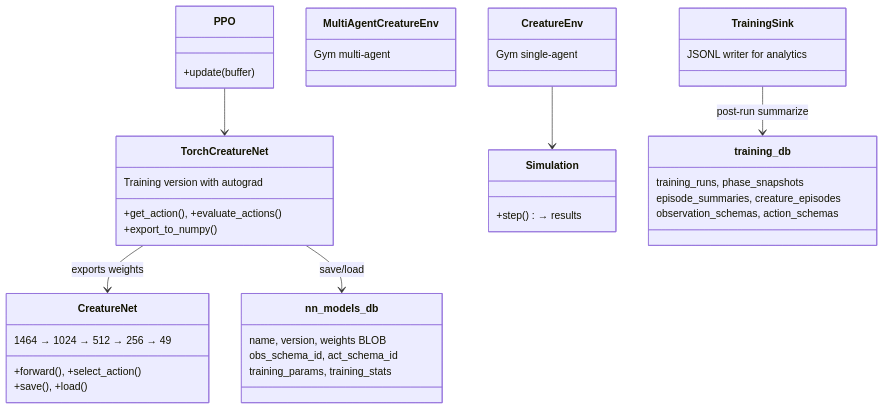
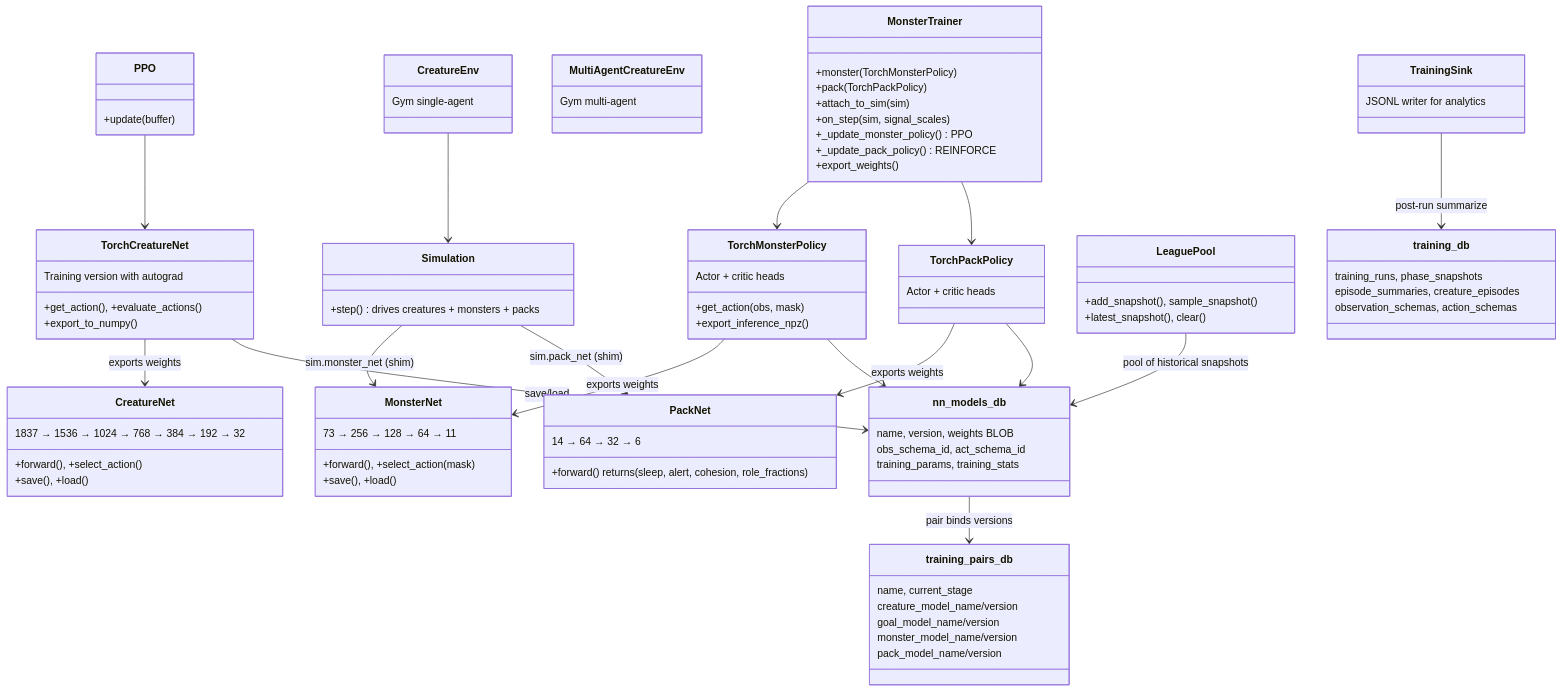
Before and after one commit to JOL11235813213455/game: the third of 3 diagrams in docs/ERDs/class_hierarchy.md, drawn with Mermaid. The commit also changed other lines of this file and 5 other files, not shown here.

First line of the commit message:
ERD updates for monster/pack feature

````diff
--- a/docs/ERDs/class_hierarchy.md
+++ b/docs/ERDs/class_hierarchy.md
@@ -123,34 +188,81 @@
 ```mermaid
 classDiagram
     class CreatureNet {
-        1464 → 1024 → 512 → 256 → 49
+        1837 → 1536 → 1024 → 768 → 384 → 192 → 32
         +forward(), +select_action()
         +save(), +load()
+    }
+    class MonsterNet {
+        73 → 256 → 128 → 64 → 11
+        +forward(), +select_action(mask)
+        +save(), +load()
+    }
+    class PackNet {
+        14 → 64 → 32 → 6
+        +forward() returns (sleep, alert, cohesion, role_fractions)
     }
     class TorchCreatureNet {
         Training version with autograd
         +get_action(), +evaluate_actions()
         +export_to_numpy()
     }
-    class Simulation { +step() → results }
+    class TorchMonsterPolicy {
+        Actor + critic heads
+        +get_action(obs, mask)
+        +export_inference_npz()
+    }
+    class TorchPackPolicy {
+        Actor + critic heads
+    }
+    class MonsterTrainer {
+        +monster (TorchMonsterPolicy)
+        +pack (TorchPackPolicy)
+        +attach_to_sim(sim)
+        +on_step(sim, signal_scales)
+        +_update_monster_policy() PPO
+        +_update_pack_policy() REINFORCE
+        +export_weights()
+    }
+    class Simulation { +step() drives creatures + monsters + packs }
     class CreatureEnv { Gym single-agent }
     class MultiAgentCreatureEnv { Gym multi-agent }
     class PPO { +update(buffer) }
     class TrainingSink { JSONL writer for analytics }
+    class LeaguePool {
+        +add_snapshot(), sample_snapshot()
+        +latest_snapshot(), clear()
+    }
     PPO --> TorchCreatureNet
     TorchCreatureNet --> CreatureNet : exports weights
+    TorchMonsterPolicy --> MonsterNet : exports weights
+    TorchPackPolicy --> PackNet : exports weights
+    MonsterTrainer --> TorchMonsterPolicy
+    MonsterTrainer --> TorchPackPolicy
     CreatureEnv --> Simulation
+    Simulation --> MonsterNet : sim.monster_net (shim)
+    Simulation --> PackNet   : sim.pack_net (shim)
 
     class nn_models_db {
         name, version, weights BLOB
         obs_schema_id, act_schema_id
         training_params, training_stats
+    }
+    class training_pairs_db {
+        name, current_stage
+        creature_model_name/version
+        goal_model_name/version
+        monster_model_name/version
+        pack_model_name/version
     }
     class training_db {
         training_runs, phase_snapshots
         episode_summaries, creature_episodes
         observation_schemas, action_schemas
     }
     TrainingSink --> training_db : post-run summarize
     TorchCreatureNet --> nn_models_db : save/load
+    TorchMonsterPolicy --> nn_models_db
+    TorchPackPolicy --> nn_models_db
+    nn_models_db --> training_pairs_db : pair binds versions
+    LeaguePool --> nn_models_db : pool of historical snapshots
 ```
````
